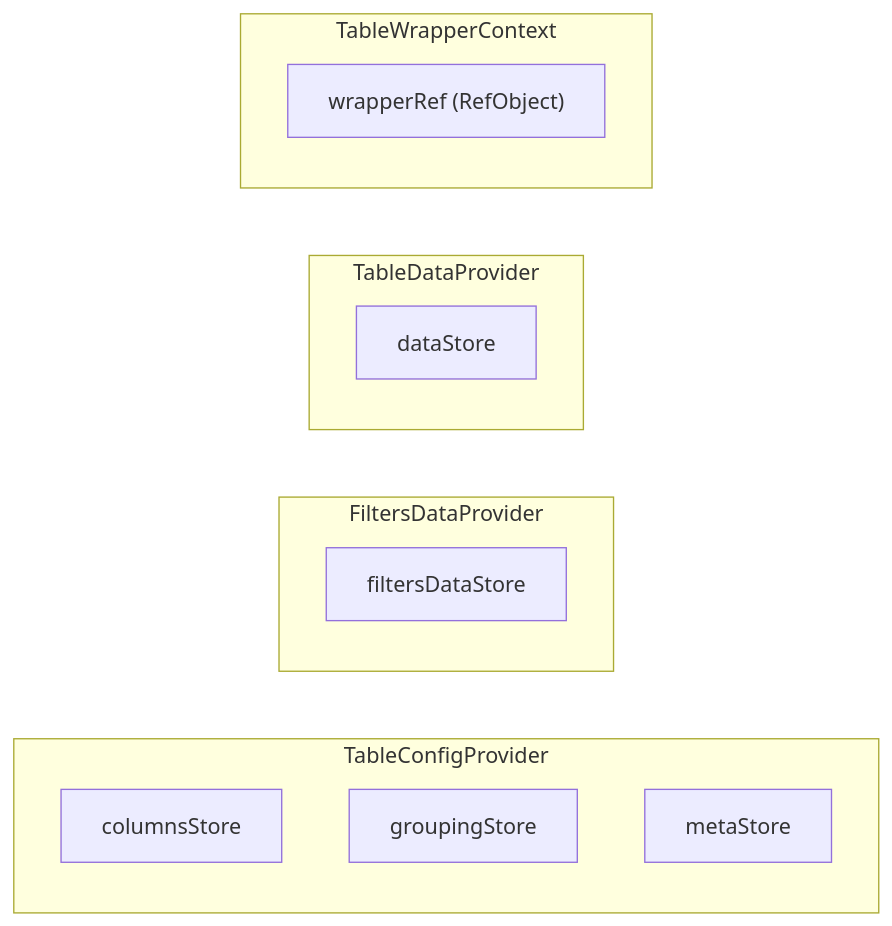
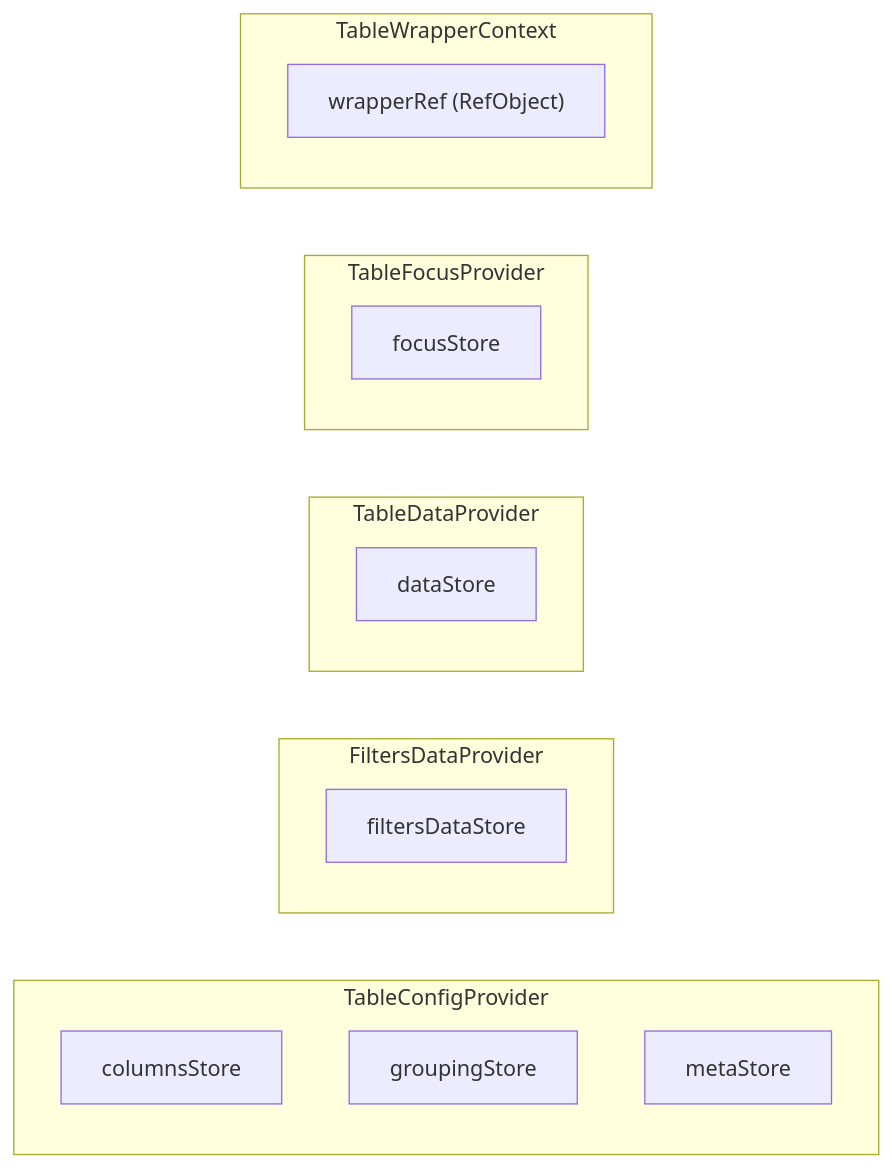
Before and after one commit to luciocabrera/lcabrera-stack: the second of 3 diagrams in packages/ui/src/components/Table/contexts/ARCHITECTURE.md, drawn with Mermaid. The commit also changed other lines of this file and 107 other files, not shown here.

````diff
--- a/packages/ui/src/components/Table/contexts/ARCHITECTURE.md
+++ b/packages/ui/src/components/Table/contexts/ARCHITECTURE.md
@@ -63,20 +73,24 @@
 ```mermaid
 graph LR
   subgraph TableConfigProvider
     CS["columnsStore"]
     GS["groupingStore"]
     MS["metaStore"]
   end
 
   subgraph FiltersDataProvider
     FS["filtersDataStore"]
   end
 
   subgraph TableDataProvider
     DS["dataStore"]
   end
 
+  subgraph TableFocusProvider
+    FoS["focusStore"]
+  end
+
   subgraph TableWrapperContext
     WR["wrapperRef (RefObject)"]
   end
 ```
````
